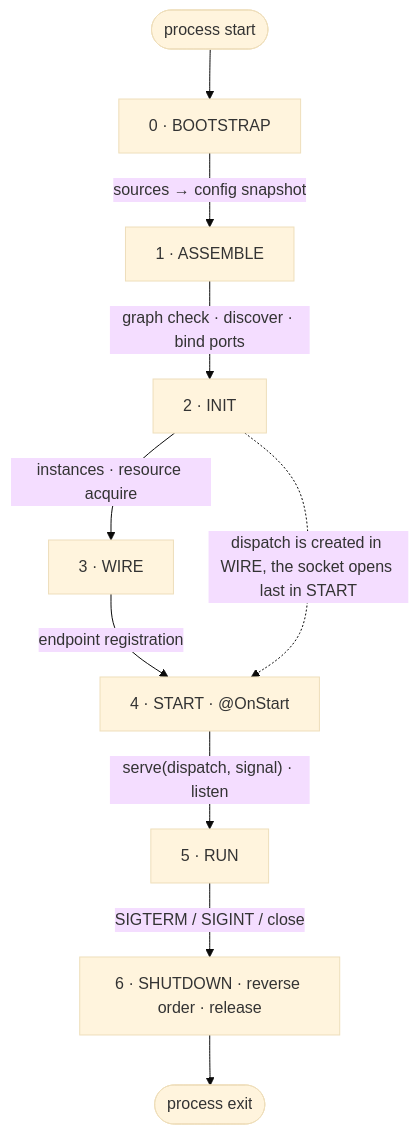
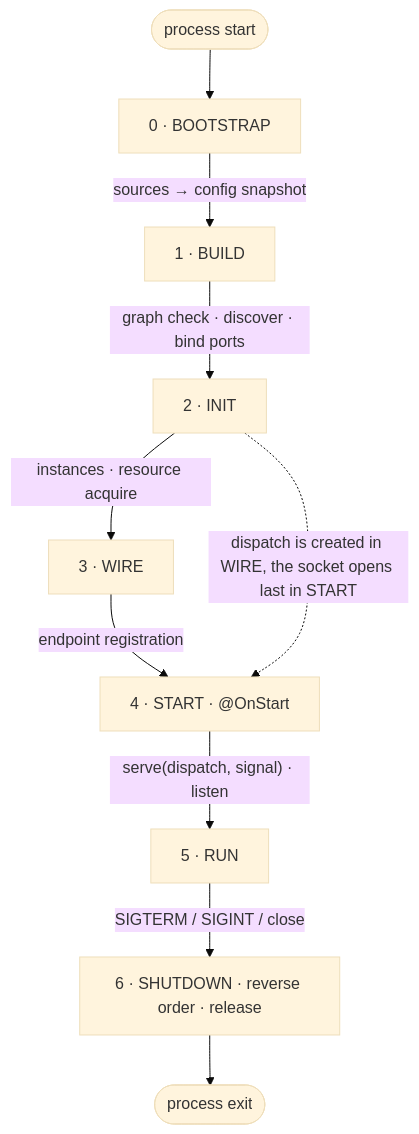
Before and after one commit to eonae/nestling: the diagram in docs/en/design/composition.md, drawn with Mermaid (base theme). The commit also changed other lines of this file and 108 other files, not shown here.

````diff
--- a/docs/en/design/composition.md
+++ b/docs/en/design/composition.md
@@ -27,13 +27,13 @@
 ```mermaid
 flowchart TD
     START([process start]) --> P0
     P0["0 · BOOTSTRAP"] -->|"sources → config snapshot"| P1
-    P1["1 · ASSEMBLE"] -->|"graph check · discover · bind ports"| P2
+    P1["1 · BUILD"] -->|"graph check · discover · bind ports"| P2
     P2["2 · INIT"] -->|"instances · resource acquire"| P3
     P3["3 · WIRE"] -->|"endpoint registration"| P4
     P4["4 · START · @OnStart"] -->|"serve(dispatch, signal) · listen"| P5
     P5["5 · RUN"] -->|"SIGTERM / SIGINT / close"| P6
     P6["6 · SHUTDOWN · reverse order · release"] --> EXIT([process exit])
 
     P2 -. "dispatch is created in WIRE, the socket opens last in START" .-> P4
 ```
````
